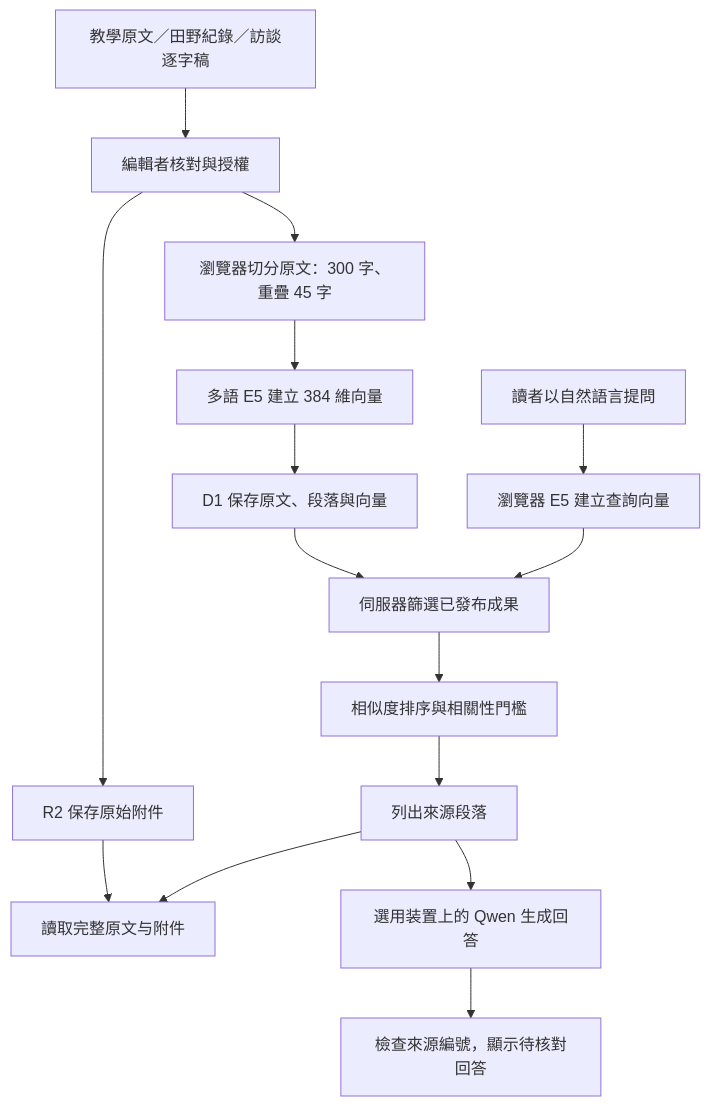
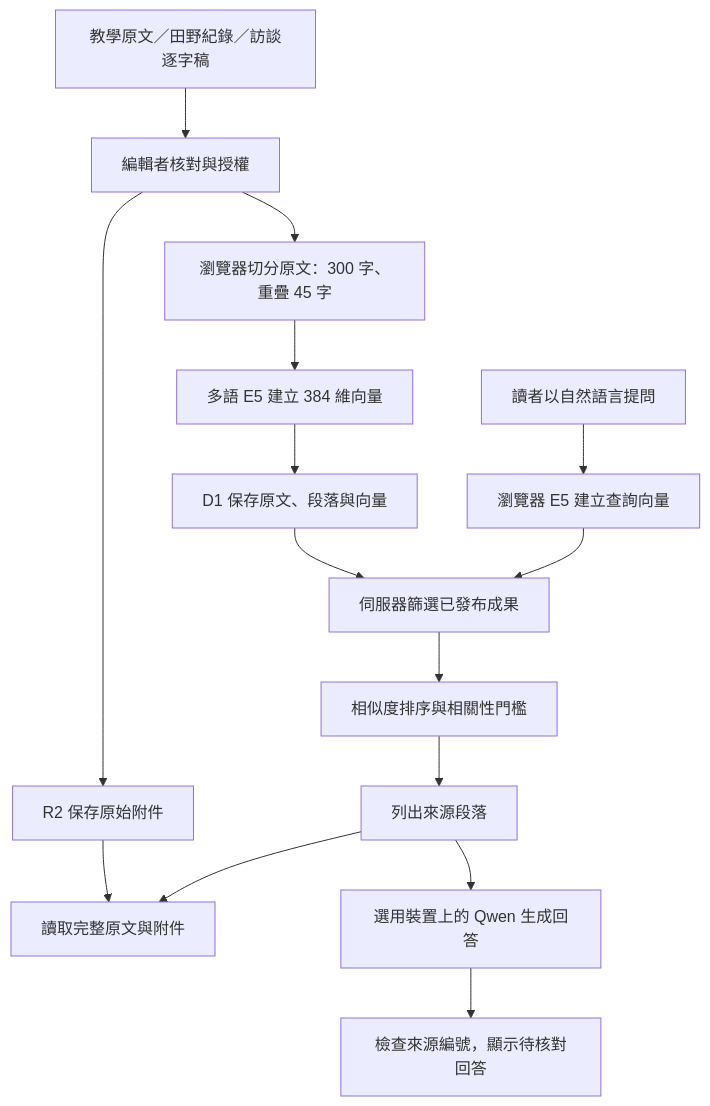
One commit to nokosii/syp changed the diagram in docs/SYSTEM_DESIGN.md. Above: the diagram before and after it, drawn with Mermaid. The commit also changed other lines of this file and 7 other files, not shown here.

````diff
--- a/docs/SYSTEM_DESIGN.md
+++ b/docs/SYSTEM_DESIGN.md
@@ -11,17 +11,17 @@
 ```mermaid
 flowchart TD
   A[教學原文／田野紀錄／訪談逐字稿] --> B[編輯者核對與授權]
   B --> C[瀏覽器切分原文：300 字、重疊 45 字]
   C --> D[多語 E5 建立 384 維向量]
   D --> E[D1 保存原文、段落與向量]
   B --> F[R2 保存原始附件]
   G[讀者以自然語言提問] --> H[瀏覽器 E5 建立查詢向量]
   H --> I[伺服器篩選已發布成果]
   E --> I
   I --> J[相似度排序與相關性門檻]
   J --> K[列出來源段落]
-  K --> L[讀取完整原文与附件]
+  K --> L[讀取完整原文與附件]
   F --> L
-  K --> M[選用装置上的 Qwen 生成回答]
+  K --> M[選用裝置上的 Qwen 生成回答]
   M --> N[檢查來源編號，顯示待核對回答]
 ```
````
